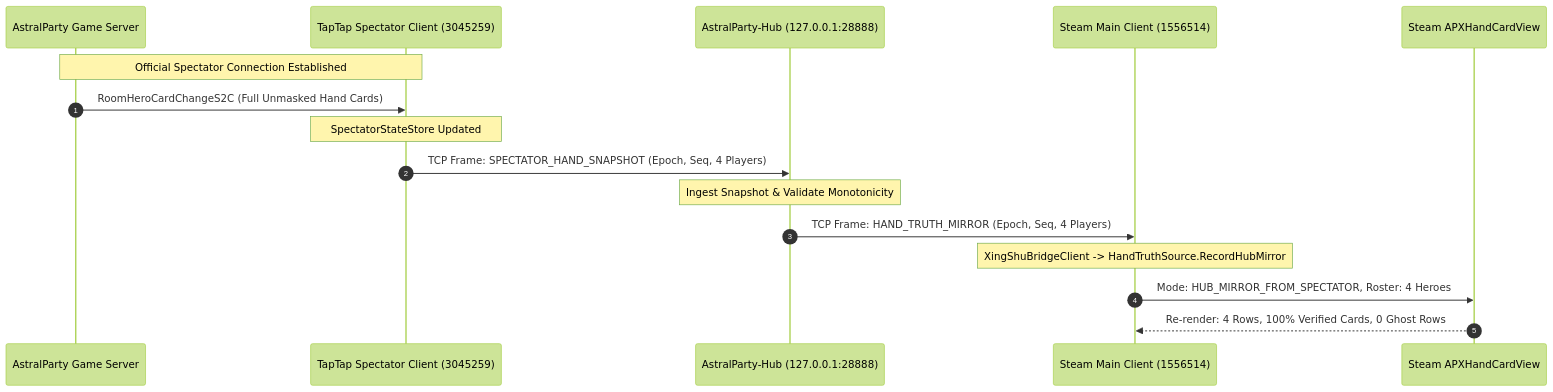
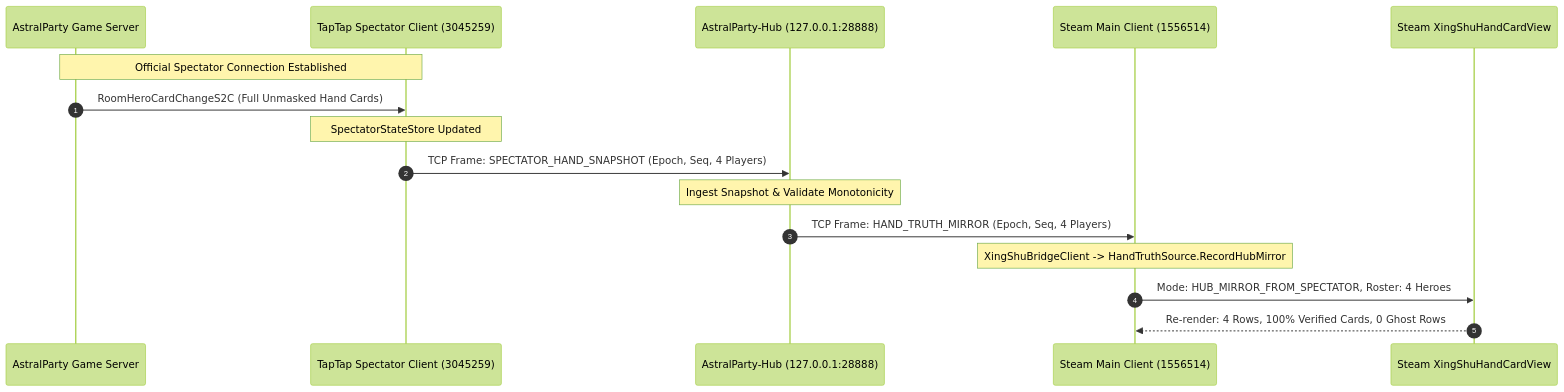
One commit to Breezecaresses/Xingshu-hub changed the second of 2 diagrams in HAND_TRUTH_SOURCE_ARCHITECTURE.md. Above: the diagram before and after it, drawn with Mermaid (forest theme). The commit also changed other lines of this file and 455 other files, not shown here.

Commit message:
Add movement statistics and Android installer; unify XingShu naming

````diff
--- a/HAND_TRUTH_SOURCE_ARCHITECTURE.md
+++ b/HAND_TRUTH_SOURCE_ARCHITECTURE.md
@@ -84,19 +84,19 @@
 ```mermaid
 sequenceDiagram
     autonumber
     participant GameServer as AstralParty Game Server
     participant TapTap as TapTap Spectator Client (3045259)
     participant Hub as AstralParty-Hub (127.0.0.1:28888)
     participant Steam as Steam Main Client (1556514)
-    participant UI as Steam APXHandCardView
+    participant UI as Steam XingShuHandCardView
 
     Note over GameServer,TapTap: Official Spectator Connection Established
     GameServer->>TapTap: RoomHeroCardChangeS2C (Full Unmasked Hand Cards)
     Note over TapTap: SpectatorStateStore Updated
     TapTap->>Hub: TCP Frame: SPECTATOR_HAND_SNAPSHOT (Epoch, Seq, 4 Players)
     Note over Hub: Ingest Snapshot & Validate Monotonicity
     Hub->>Steam: TCP Frame: HAND_TRUTH_MIRROR (Epoch, Seq, 4 Players)
     Note over Steam: XingShuBridgeClient -> HandTruthSource.RecordHubMirror
     Steam->>UI: Mode: HUB_MIRROR_FROM_SPECTATOR, Roster: 4 Heroes
     UI-->>Steam: Re-render: 4 Rows, 100% Verified Cards, 0 Ghost Rows
 ```
````
